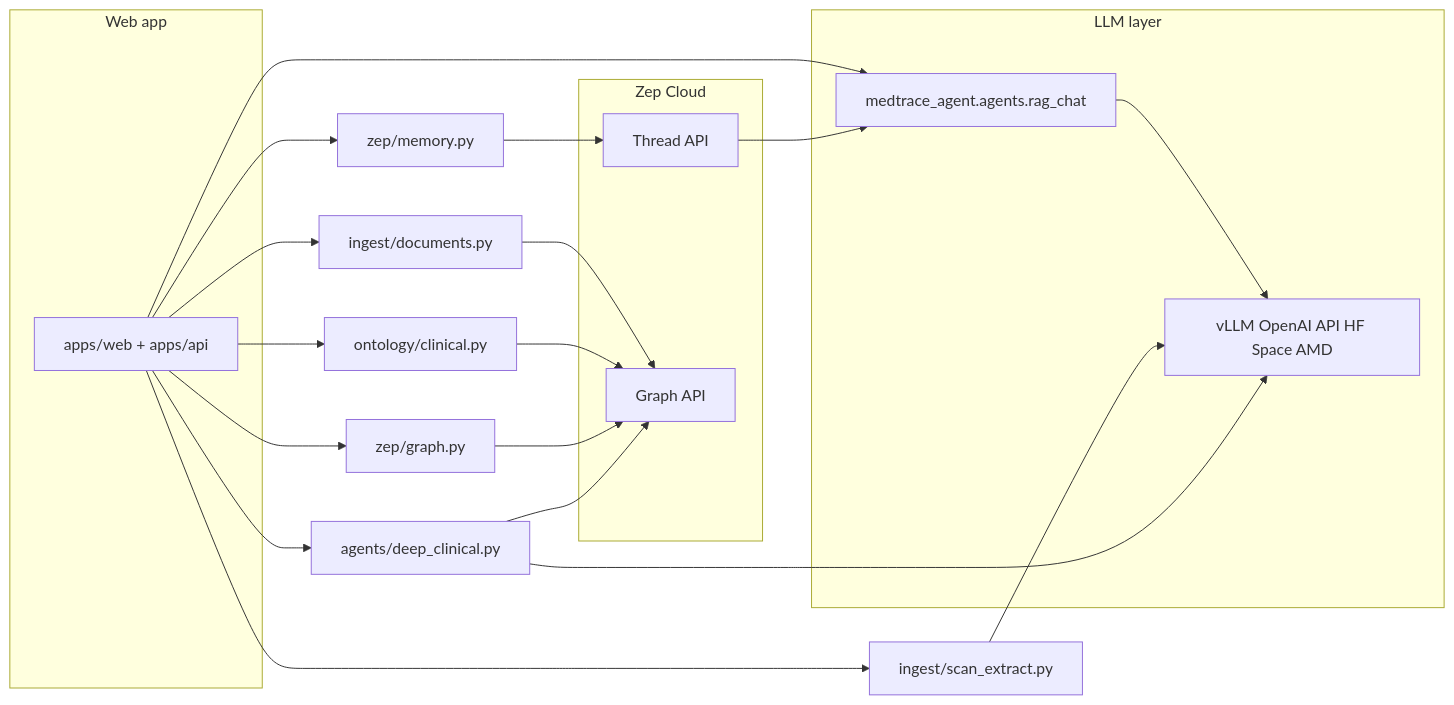
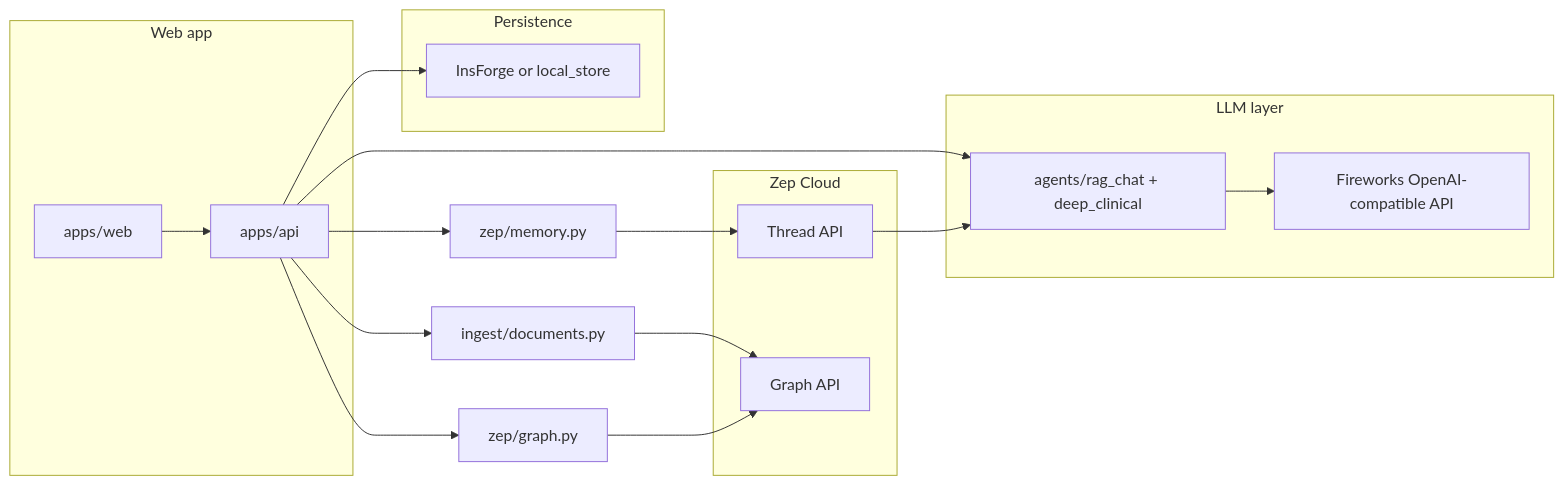
The first of 3 diagrams in README.md (pramodthe/MedTrace-AI), drawn with Mermaid before and after one commit. The commit also changed other lines of this file and 28 other files, not shown here.

````diff
--- a/README.md
+++ b/README.md
@@ -66,30 +69,29 @@
 ```mermaid
 flowchart LR
   subgraph ui [Web app]
-    APP[apps/web + apps/api]
+    WEB[apps/web]
+    API[apps/api]
   end
   subgraph llm [LLM layer]
-    AG[medtrace_agent.agents.rag_chat]
-    FW[vLLM OpenAI API HF Space AMD]
+    AG[agents/rag_chat + deep_clinical]
+    FW[Fireworks OpenAI-compatible API]
   end
   subgraph zep [Zep Cloud]
     TH[Thread API]
     GR[Graph API]
   end
-  APP --> AG
+  subgraph persist [Persistence]
+    IF[InsForge or local_store]
+  end
+  WEB --> API
+  API --> AG
   AG --> FW
-  APP --> ZM[zep/memory.py]
-  APP --> ZG[zep/graph.py]
-  APP --> DOC[ingest/documents.py]
-  APP --> SCAN[ingest/scan_extract.py]
-  APP --> ONTO[ontology/clinical.py]
-  APP --> DCA[agents/deep_clinical.py]
+  API --> ZM[zep/memory.py]
+  API --> ZG[zep/graph.py]
+  API --> DOC[ingest/documents.py]
+  API --> IF
   ZM --> TH
   DOC --> GR
-  SCAN --> FW
-  ONTO --> GR
   ZG --> GR
   TH --> AG
-  DCA --> FW
-  DCA --> GR
 ```
````
